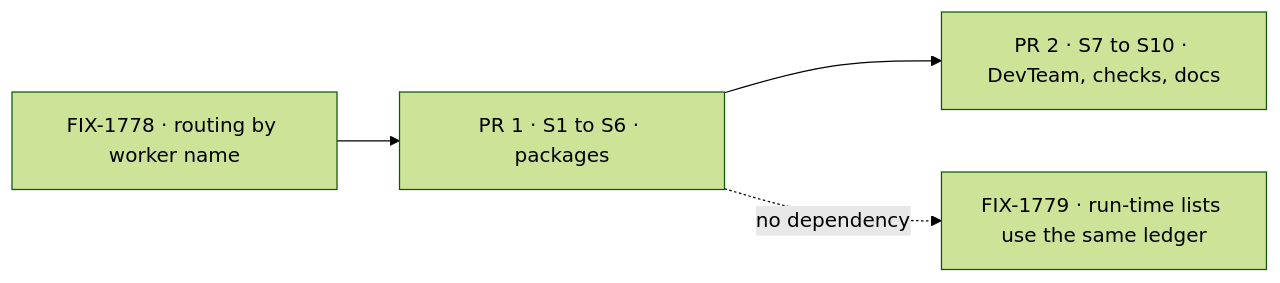
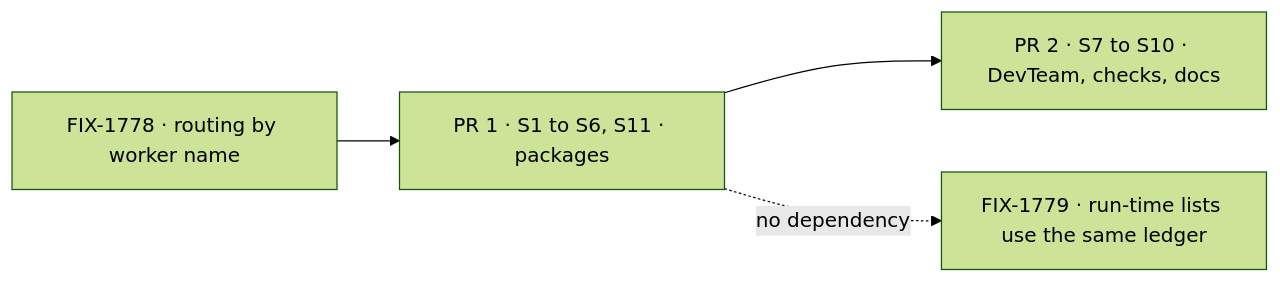
One commit to fixpoint-labs/flow-state-dev changed the diagram in specs/issues/FIX-1777/PLAN.md. Above: the diagram before and after it, drawn with Mermaid (forest theme). The commit also changed other lines of this file and 5 other files, not shown here.

````diff
--- a/specs/issues/FIX-1777/PLAN.md
+++ b/specs/issues/FIX-1777/PLAN.md
@@ -27,6 +28,6 @@
 ```mermaid
 flowchart LR
-  F["FIX-1778 · routing by worker name"] --> P1["PR 1 · S1 to S6 · packages"]
+  F["FIX-1778 · routing by worker name"] --> P1["PR 1 · S1 to S6, S11 · packages"]
   P1 --> P2["PR 2 · S7 to S10 · DevTeam, checks, docs"]
   P1 -.->|"no dependency"| X["FIX-1779 · run-time lists use the same ledger"]
 ```
````
